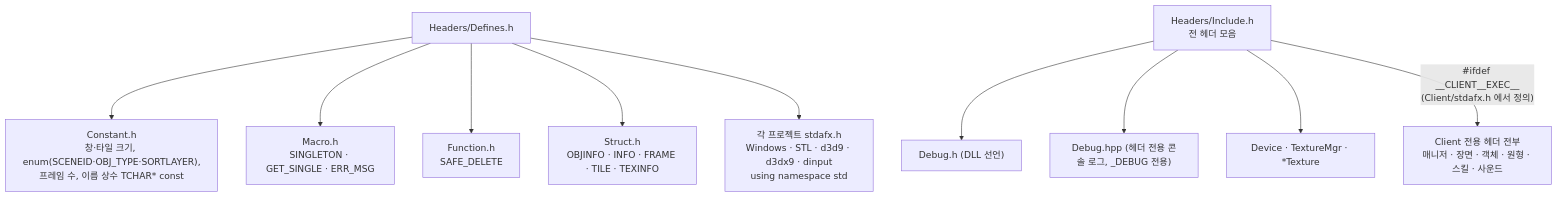
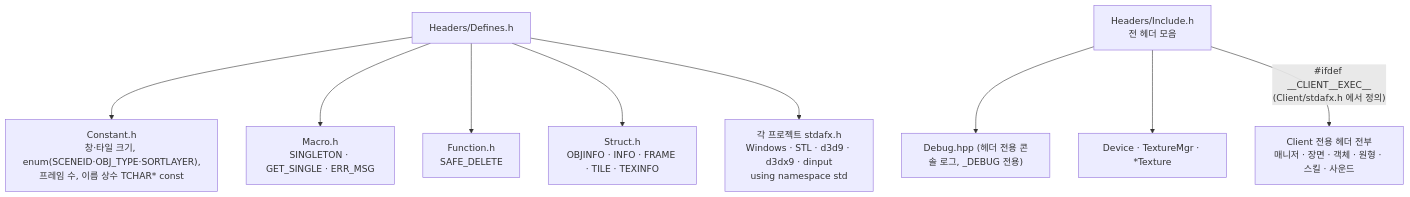
The tenth of 10 diagrams in docs/ARCHITECTURE.md (Ryujaehyeon/Portfolio), drawn with Mermaid before and after one commit. The commit also changed other lines of this file and 11 other files, not shown here.

First line of the commit message:
refactor(debug-dll-removal): 소스 없는 Debug.dll 의존 제거, 디버그 로그를 Debug.hpp 로 통일

````diff
--- a/docs/ARCHITECTURE.md
+++ b/docs/ARCHITECTURE.md
@@ -345,13 +341,12 @@
 ```mermaid
 flowchart TB
     stdafx["각 프로젝트 stdafx.h<br/>Windows · STL · d3d9 · d3dx9 · dinput<br/>using namespace std"]
     Defines["Headers/Defines.h"] --> Constant["Constant.h<br/>창·타일 크기, enum(SCENEID·OBJ_TYPE·SORTLAYER),<br/>프레임 수, 이름 상수 TCHAR* const"]
     Defines --> Macro["Macro.h<br/>SINGLETON · GET_SINGLE · ERR_MSG"]
     Defines --> Function["Function.h<br/>SAFE_DELETE"]
     Defines --> Struct["Struct.h<br/>OBJINFO · INFO · FRAME · TILE · TEXINFO"]
     Defines --> stdafx
-    Include["Headers/Include.h<br/>전 헤더 모음"] --> DebugH["Debug.h (DLL 선언)"]
-    Include --> DebugHpp["Debug.hpp (헤더 전용 콘솔 로그, _DEBUG 전용)"]
+    Include["Headers/Include.h<br/>전 헤더 모음"] --> DebugHpp["Debug.hpp (헤더 전용 콘솔 로그, _DEBUG 전용)"]
     Include --> Common["Device · TextureMgr · *Texture"]
     Include -->|"#ifdef __CLIENT__EXEC__<br/>(Client/stdafx.h 에서 정의)"| ClientOnly["Client 전용 헤더 전부<br/>매니저 · 장면 · 객체 · 원형 · 스킬 · 사운드"]
 ```
````
